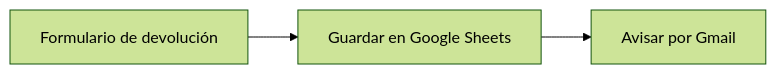
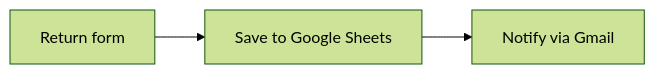
The diagram in 03-n8n-devoluciones/README.md (Kairuferrin/portfolio-automatizacion), drawn with Mermaid (forest theme) before and after one commit. The commit also changed other lines of this file and 8 other files, not shown here.

````diff
--- a/03-n8n-devoluciones/README.md
+++ b/03-n8n-devoluciones/README.md
@@ -9,5 +9,5 @@
 ```mermaid
 flowchart LR
-    A[Formulario de devolución] --> B[Guardar en Google Sheets]
-    B --> C[Avisar por Gmail]
+    A[Return form] --> B[Save to Google Sheets]
+    B --> C[Notify via Gmail]
 ```
````
